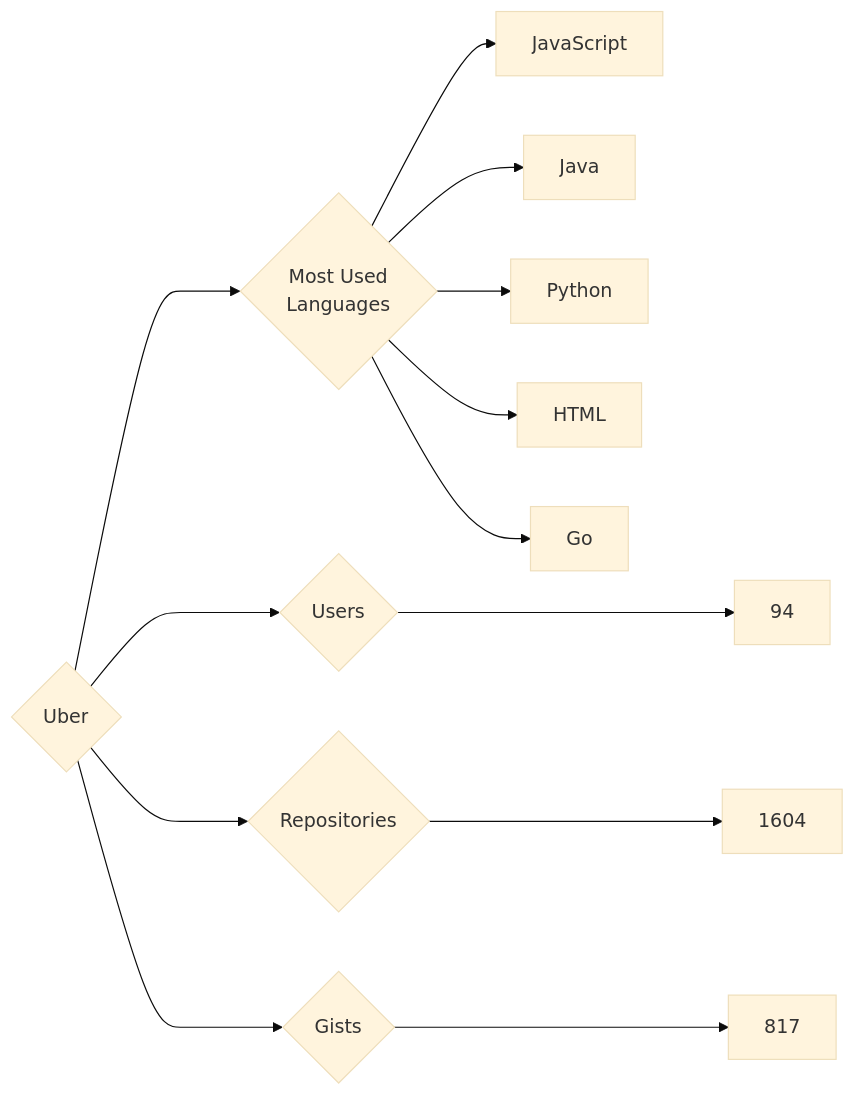
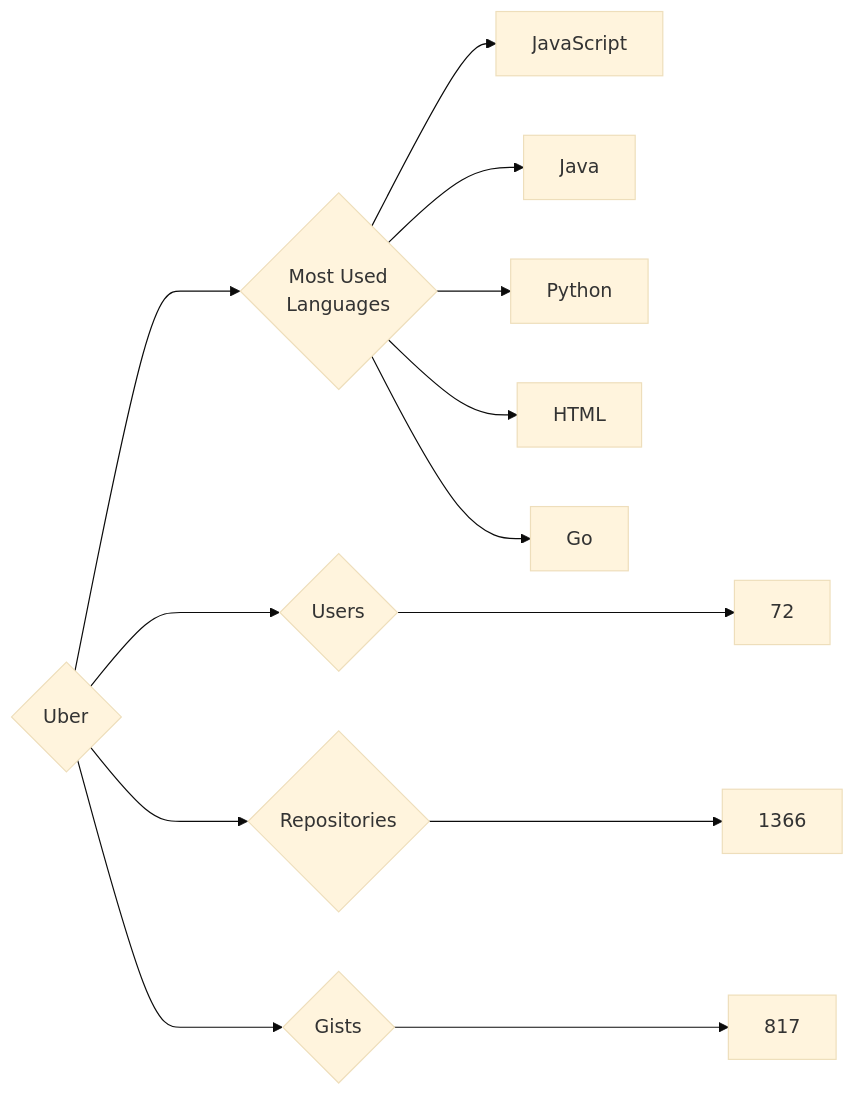
The diagram in targets/Uber/README.md (trickest/insiders), drawn with Mermaid (base theme) before and after one commit. The commit also changed 725 other files, not shown here.

````diff
--- a/targets/Uber/README.md
+++ b/targets/Uber/README.md
@@ -3,13 +3,13 @@
 ```mermaid
 graph LR
 COMPANY_NAME{Uber}
-COMPANY_NAME ---> U{Users} ---> UN[94]
-COMPANY_NAME ---> R{Repositories} ---> RN[1604]
+COMPANY_NAME ---> U{Users} ---> UN[72]
+COMPANY_NAME ---> R{Repositories} ---> RN[1366]
 COMPANY_NAME ---> G{Gists} ---> GN[817]
 COMPANY_NAME ---> ML{Most Used<br>Languages}
 ML --> JavaScript[JavaScript]
 ML --> Java[Java]
 ML --> Python[Python]
 ML --> HTML[HTML]
 ML --> Go[Go]
 ```
````
